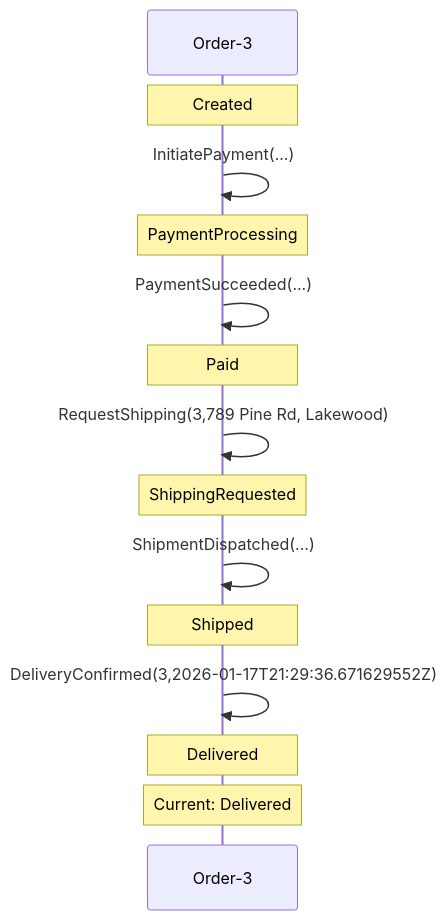
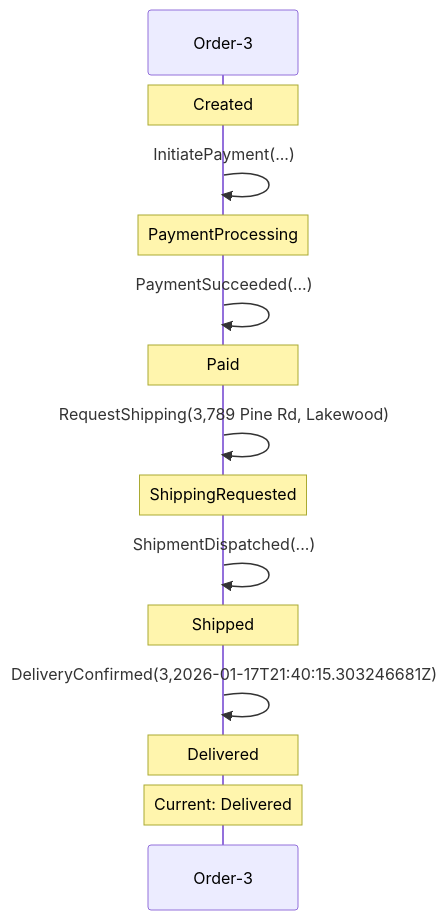
The first of 2 diagrams in docs/visualizations/order-3-trace.md (Iterable/mechanoid), drawn with Mermaid before and after one commit. The commit also changed 10 other files, not shown here.

````diff
--- a/docs/visualizations/order-3-trace.md
+++ b/docs/visualizations/order-3-trace.md
@@ -7,17 +7,17 @@
 ```mermaid
 sequenceDiagram
     participant FSM as Order-3
     Note over FSM: Created
     FSM->>FSM: InitiatePayment(...)
     Note over FSM: PaymentProcessing
     FSM->>FSM: PaymentSucceeded(...)
     Note over FSM: Paid
     FSM->>FSM: RequestShipping(3,789 Pine Rd, Lakewood)
     Note over FSM: ShippingRequested
     FSM->>FSM: ShipmentDispatched(...)
     Note over FSM: Shipped
-    FSM->>FSM: DeliveryConfirmed(3,2026-01-17T21:29:36.671629552Z)
+    FSM->>FSM: DeliveryConfirmed(3,2026-01-17T21:40:15.303246681Z)
     Note over FSM: Delivered
     Note over FSM: Current: Delivered
 
 ```
````
